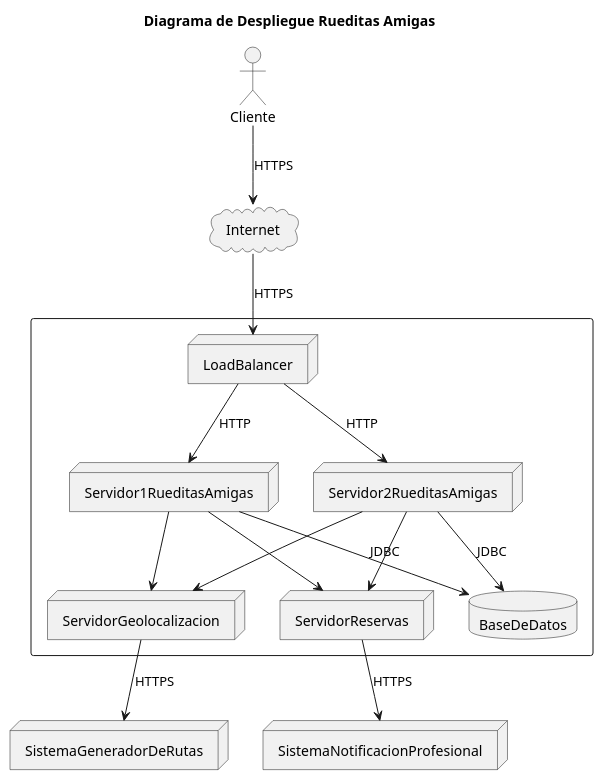
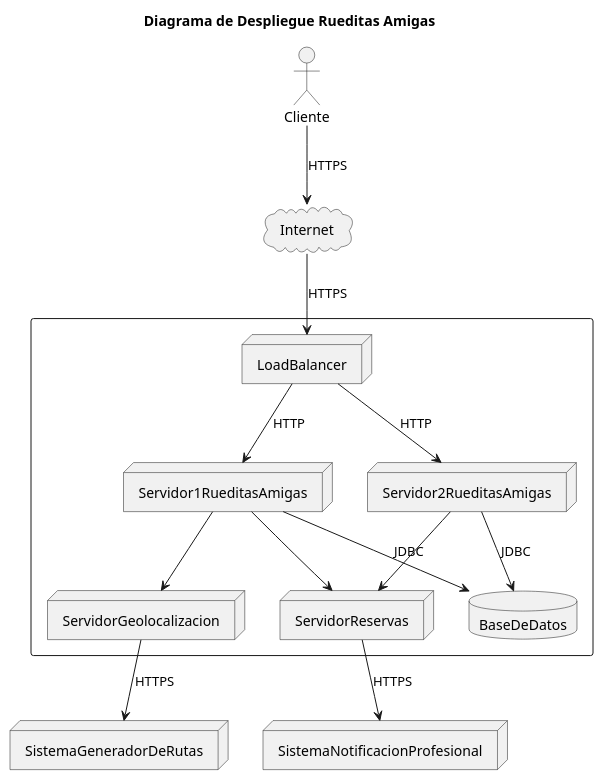
The diagram in diagrams/DiagramaDeDespliegue.puml (lrizzitano/RueditasAmigasDespliegue), drawn with PlantUML before and after one commit.

```diff
--- a/diagrams/DiagramaDeDespliegue.puml
+++ b/diagrams/DiagramaDeDespliegue.puml
@@ -1,35 +1,34 @@
 @startuml
 'https://plantuml.com/deployment-diagram
 
 title Diagrama de Despliegue Rueditas Amigas
 
 node "SistemaGeneradorDeRutas"
 actor "Cliente"
 cloud "Internet"
 node "SistemaNotificacionProfesional"
 
 
 rectangle  {
 node "LoadBalancer"
 node "Servidor1RueditasAmigas"
 node "Servidor2RueditasAmigas"
 node "ServidorGeolocalizacion"
 node "ServidorReservas"
 database "BaseDeDatos"
 }
 
 "LoadBalancer" --> "Servidor1RueditasAmigas" : HTTP
 "LoadBalancer" --> "Servidor2RueditasAmigas" : HTTP
 "Servidor1RueditasAmigas" --> "BaseDeDatos" : JDBC
 "Servidor2RueditasAmigas" --> "BaseDeDatos" : JDBC
 "Servidor1RueditasAmigas" --> "ServidorGeolocalizacion"
-"Servidor2RueditasAmigas" --> "ServidorGeolocalizacion"
 "Servidor1RueditasAmigas" --> "ServidorReservas"
 "Servidor2RueditasAmigas" --> "ServidorReservas"
 "Cliente" --> "Internet" : HTTPS
 "Internet" --> "LoadBalancer" : HTTPS
 "ServidorGeolocalizacion" --> "SistemaGeneradorDeRutas": HTTPS
 "ServidorReservas" --> "SistemaNotificacionProfesional"  : HTTPS
 
 
 @enduml
```
